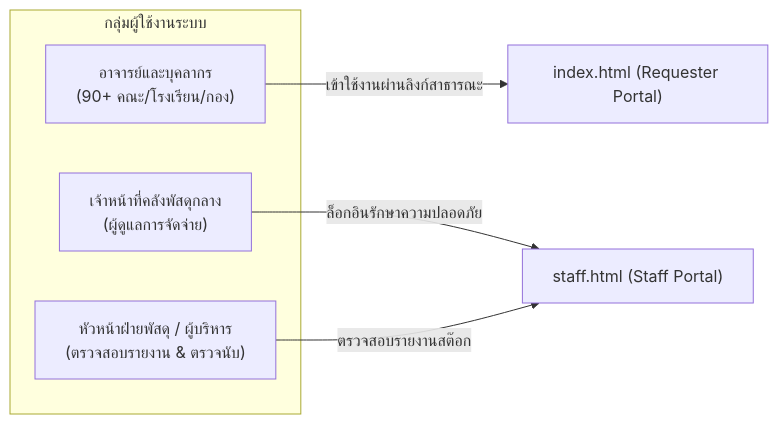
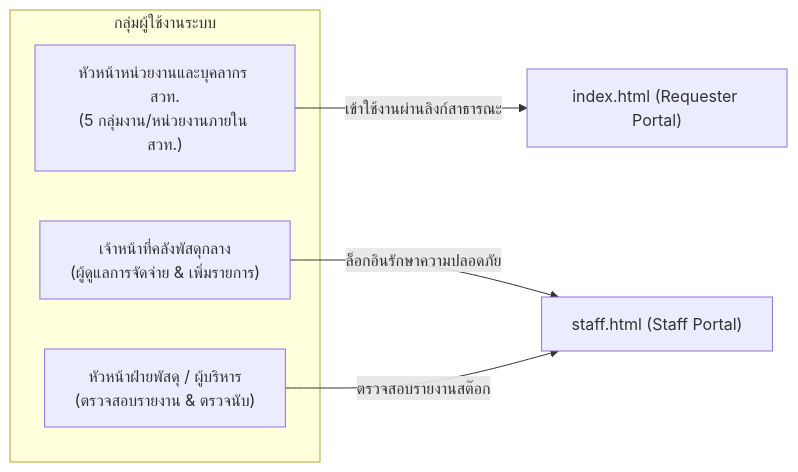
The first of 3 diagrams in PROJECT_CONTEXT.md (itsmekritsanai/stock-order-sdu), drawn with Mermaid before and after one commit. The commit also changed other lines of this file and 97 other files, not shown here.

````diff
--- a/PROJECT_CONTEXT.md
+++ b/PROJECT_CONTEXT.md
@@ -23,11 +23,11 @@
 ```mermaid
 graph LR
     subgraph "กลุ่มผู้ใช้งานระบบ"
-        U1["อาจารย์และบุคลากร<br/>(90+ คณะ/โรงเรียน/กอง)"]
-        U2["เจ้าหน้าที่คลังพัสดุกลาง<br/>(ผู้ดูแลการจัดจ่าย)"]
+        U1["หัวหน้าหน่วยงานและบุคลากร สวท.<br/>(5 กลุ่มงาน/หน่วยงานภายใน สวท.)"]
+        U2["เจ้าหน้าที่คลังพัสดุกลาง<br/>(ผู้ดูแลการจัดจ่าย & เพิ่มรายการ)"]
         U3["หัวหน้าฝ่ายพัสดุ / ผู้บริหาร<br/>(ตรวจสอบรายงาน & ตรวจนับ)"]
     end
     U1 -->|เข้าใช้งานผ่านลิงก์สาธารณะ| P1["index.html (Requester Portal)"]
     U2 -->|ล็อกอินรักษาความปลอดภัย| P2["staff.html (Staff Portal)"]
     U3 -->|ตรวจสอบรายงานสต๊อก| P2
 ```
````
